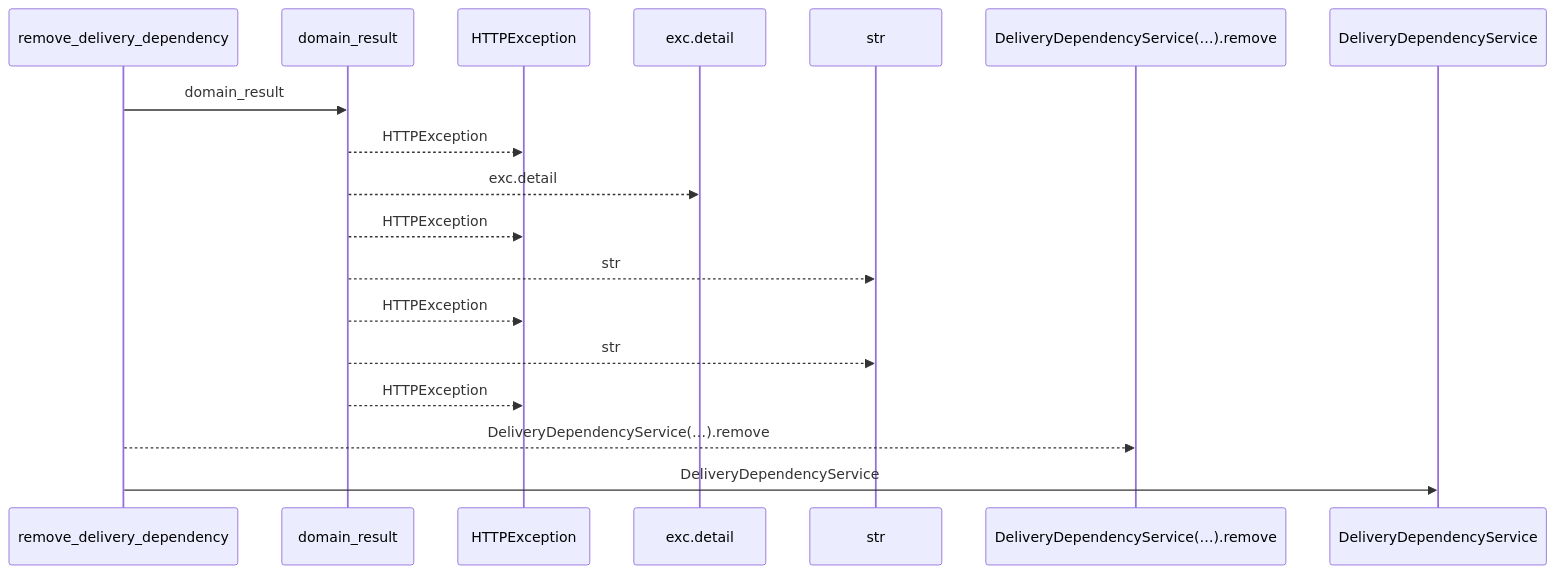
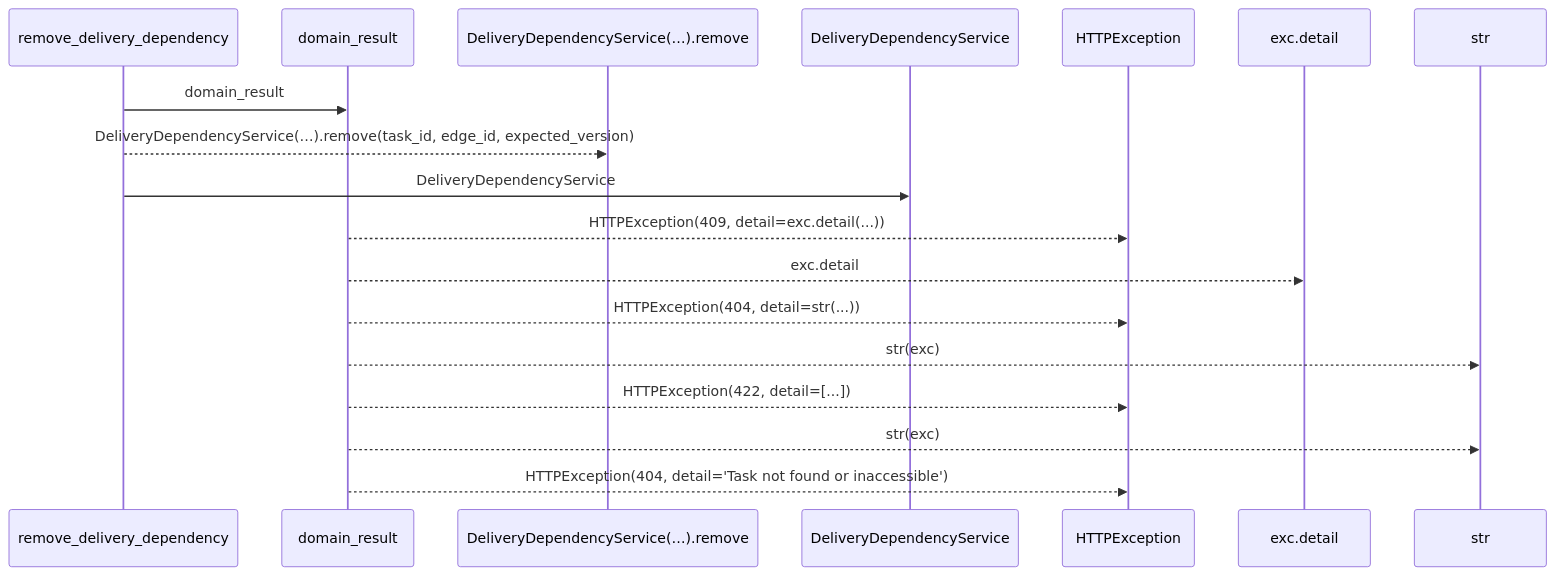
Before and after one commit to Denissvgn/WorkChord: the first of 2 diagrams in docs/llm_wiki/flows/http-remove_delivery_dependency.md, drawn with Mermaid. The commit also changed other lines of this file and 25171 other files, not shown here.

````diff
--- a/docs/llm_wiki/flows/http-remove_delivery_dependency.md
+++ b/docs/llm_wiki/flows/http-remove_delivery_dependency.md
@@ -10,20 +12,20 @@
 ```mermaid
 sequenceDiagram
     participant p0 as remove_delivery_dependency
     participant p1 as domain_result
-    participant p2 as HTTPException
-    participant p3 as exc.detail
-    participant p4 as str
-    participant p5 as DeliveryDependencyService(…).remove
-    participant p6 as DeliveryDependencyService
+    participant p2 as DeliveryDependencyService(…).remove
+    participant p3 as DeliveryDependencyService
+    participant p4 as HTTPException
+    participant p5 as exc.detail
+    participant p6 as str
     p0->>p1: domain_result
-    p1-->>p2: HTTPException
-    p1-->>p3: exc.detail
-    p1-->>p2: HTTPException
-    p1-->>p4: str
-    p1-->>p2: HTTPException
-    p1-->>p4: str
-    p1-->>p2: HTTPException
-    p0-->>p5: DeliveryDependencyService(…).remove
-    p0->>p6: DeliveryDependencyService
+    p0-->>p2: DeliveryDependencyService(…).remove(task_id, edge_id, expected_version)
+    p0->>p3: DeliveryDependencyService
+    p1-->>p4: HTTPException(409, detail=exc.detail(...))
+    p1-->>p5: exc.detail
+    p1-->>p4: HTTPException(404, detail=str(...))
+    p1-->>p6: str(exc)
+    p1-->>p4: HTTPException(422, detail=[...])
+    p1-->>p6: str(exc)
+    p1-->>p4: HTTPException(404, detail='Task not found or inaccessible')
 ```
````
